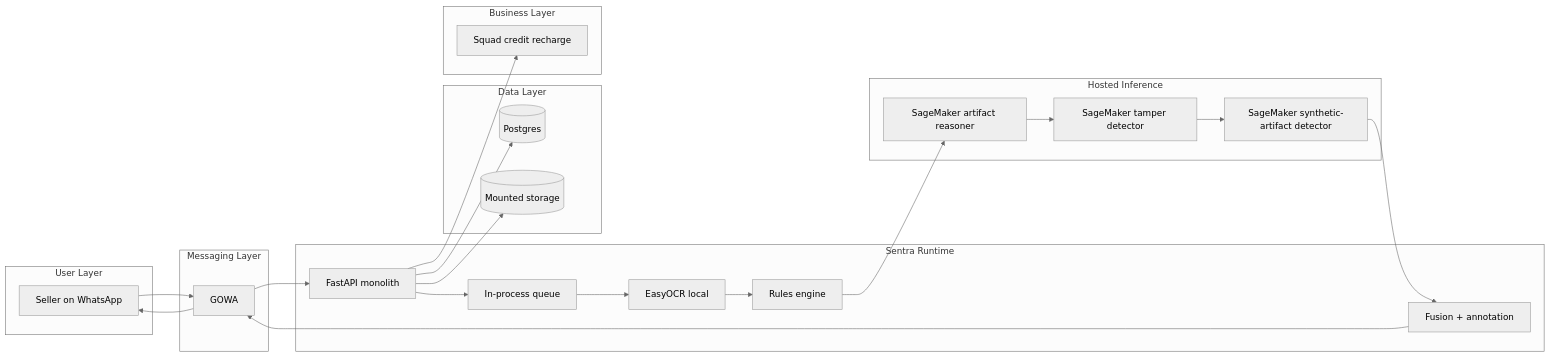
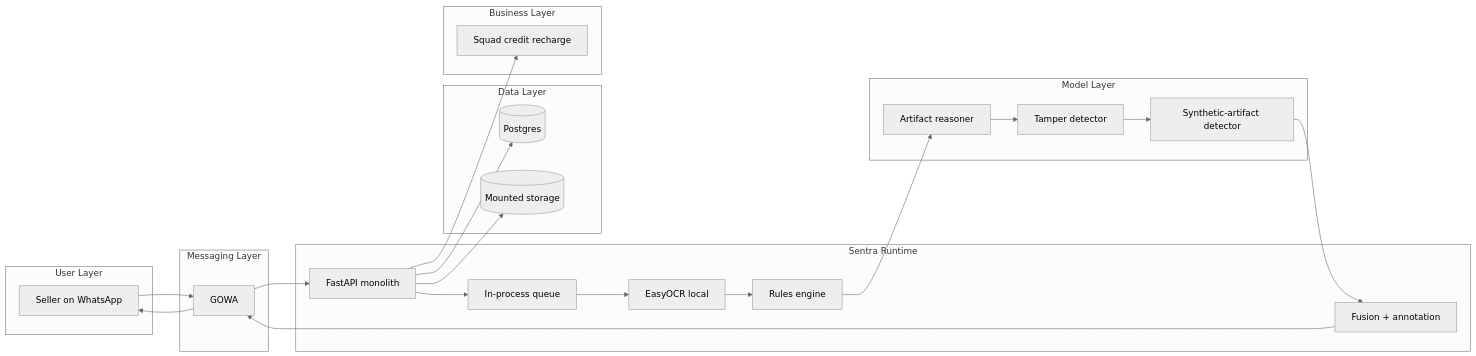
Before and after one commit to Temiloluwa-Ogundiran/Sentra: the second of 5 diagrams in README.md, drawn with Mermaid (neutral theme). The commit also changed other lines of this file and 14 other files, not shown here.

Commit message:
Refine hosted inference integration

````diff
--- a/README.md
+++ b/README.md
@@ -42,40 +42,40 @@
 ```mermaid
 flowchart LR
   subgraph User Layer
     U[Seller on WhatsApp]
   end
 
   subgraph Messaging Layer
     G[GOWA]
   end
 
   subgraph Sentra Runtime
     API[FastAPI monolith]
     Q[In-process queue]
     OCR[EasyOCR local]
     R[Rules engine]
     FUSION[Fusion + annotation]
   end
 
   subgraph Data Layer
     DB[(Postgres)]
     FS[(Mounted storage)]
   end
 
-  subgraph Hosted Inference
-    QWEN[SageMaker artifact reasoner]
-    TAMPER[SageMaker tamper detector]
-    SYN[SageMaker synthetic-artifact detector]
+  subgraph Model Layer
+    REASONER[Artifact reasoner]
+    TAMPER[Tamper detector]
+    SYN[Synthetic-artifact detector]
   end
 
   subgraph Business Layer
     S[Squad credit recharge]
   end
 
   U --> G --> API
-  API --> Q --> OCR --> R --> QWEN --> TAMPER --> SYN --> FUSION
+  API --> Q --> OCR --> R --> REASONER --> TAMPER --> SYN --> FUSION
   API --> DB
   API --> FS
   FUSION --> G --> U
   API --> S
 ```
````
